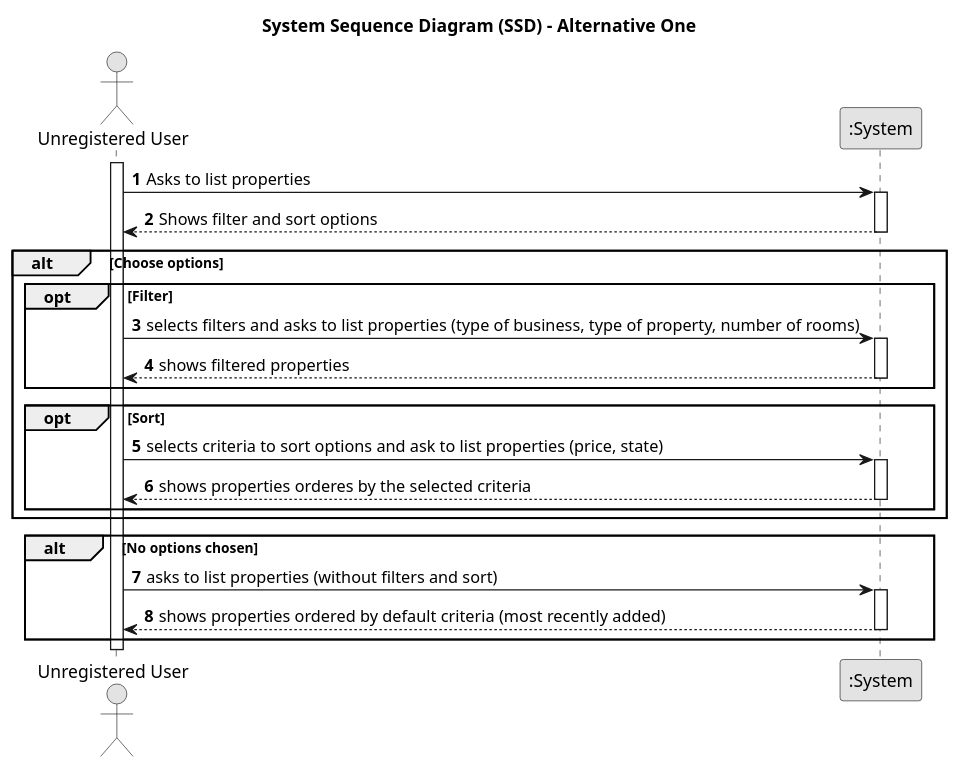
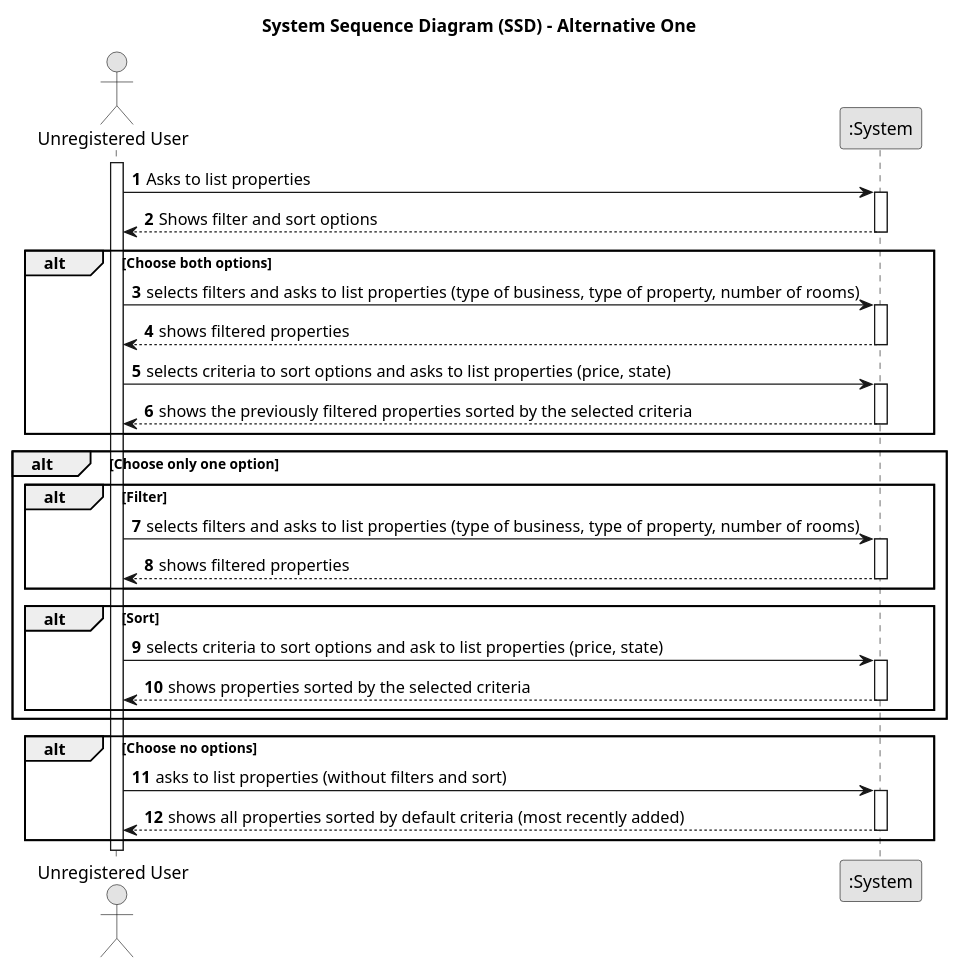
The diagram in docs/sprintB/us001/01.requirements-engineering/puml/us001-system-sequence-diagram.puml (Goncalves2525/real-estate-management-system), drawn with PlantUML before and after one commit.

Commit message:
Updated US1 System Sequence Diagram

```diff
--- a/docs/sprintB/us001/01.requirements-engineering/puml/us001-system-sequence-diagram.puml
+++ b/docs/sprintB/us001/01.requirements-engineering/puml/us001-system-sequence-diagram.puml
@@ -1,49 +1,62 @@
 @startuml
 skinparam monochrome true
 skinparam packageStyle rectangle
 skinparam shadowing false
 
 title System Sequence Diagram (SSD) - Alternative One
 
 autonumber
 
 actor "Unregistered User" as User
 participant ":System" as System
 
 activate User
 
     User -> System : Asks to list properties
     activate System
 
     System --> User : Shows filter and sort options
     deactivate System
 
-    alt Choose options
+    alt Choose both options
+        User -> System : selects filters and asks to list properties (type of business, type of property, number of rooms)
+        activate System
 
-        opt Filter
+        System --> User : shows filtered properties
+        deactivate System
+
+        User -> System : selects criteria to sort options and asks to list properties (price, state)
+        activate System
+
+        System --> User : shows the previously filtered properties sorted by the selected criteria
+        deactivate System
+    end
+    alt Choose only one option
+
+        alt Filter
             User -> System : selects filters and asks to list properties (type of business, type of property, number of rooms)
             activate System
 
             System --> User : shows filtered properties
             deactivate System
         end
 
-        opt Sort
+        alt Sort
             User -> System : selects criteria to sort options and ask to list properties (price, state)
             activate System
 
-            System --> User : shows properties orderes by the selected criteria
+            System --> User : shows properties sorted by the selected criteria
             deactivate System
         end
 
     end
 
-    alt No options chosen
+    alt Choose no options
         User -> System : asks to list properties (without filters and sort)
         activate System
 
-        System --> User : shows properties ordered by default criteria (most recently added)
+        System --> User : shows all properties sorted by default criteria (most recently added)
         deactivate System
     end
 
 @enduml
```
